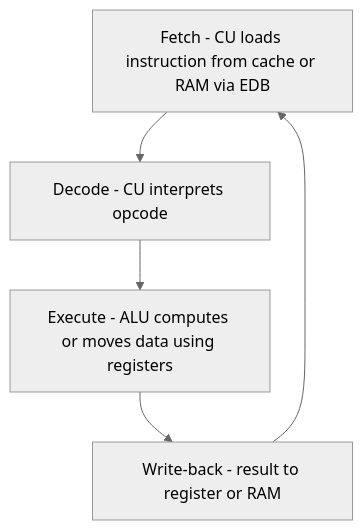
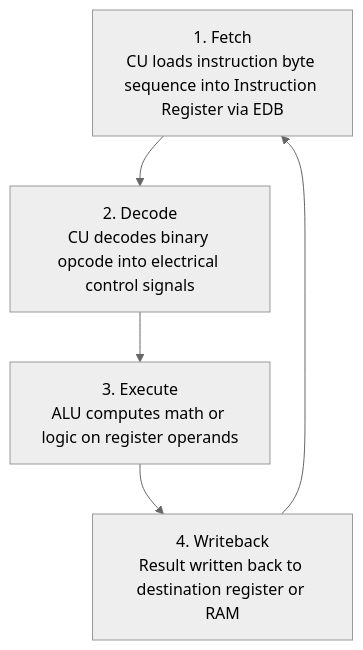
The second of 3 diagrams in content/docs/computer-basics/it-support/07-cpu-architecture-and-overclocking.mdx (1345AbhishekKumar/cs-cookbook), drawn with Mermaid (neutral theme) before and after one commit. The commit also changed other lines of this file and 299 other files, not shown here.

````diff
--- a/content/docs/computer-basics/it-support/07-cpu-architecture-and-overclocking.mdx
+++ b/content/docs/computer-basics/it-support/07-cpu-architecture-and-overclocking.mdx
@@ -107,7 +171,7 @@
 ```mermaid
 flowchart TD
-  F["Fetch - CU loads instruction from cache or RAM via EDB"] --> D["Decode - CU interprets opcode"]
-  D --> E["Execute - ALU computes or moves data using registers"]
-  E --> W["Write-back - result to register or RAM"]
+  F["1. Fetch<br/>CU loads instruction byte sequence into Instruction Register via EDB"] --> D["2. Decode<br/>CU decodes binary opcode into electrical control signals"]
+  D --> E["3. Execute<br/>ALU computes math or logic on register operands"]
+  E --> W["4. Writeback<br/>Result written back to destination register or RAM"]
   W --> F
 ```
````
